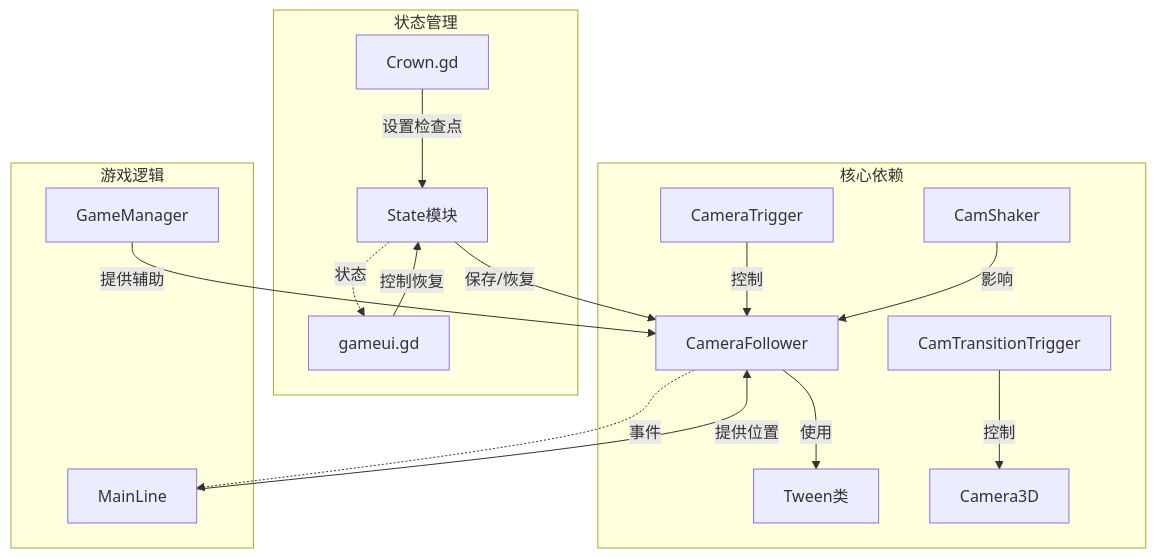
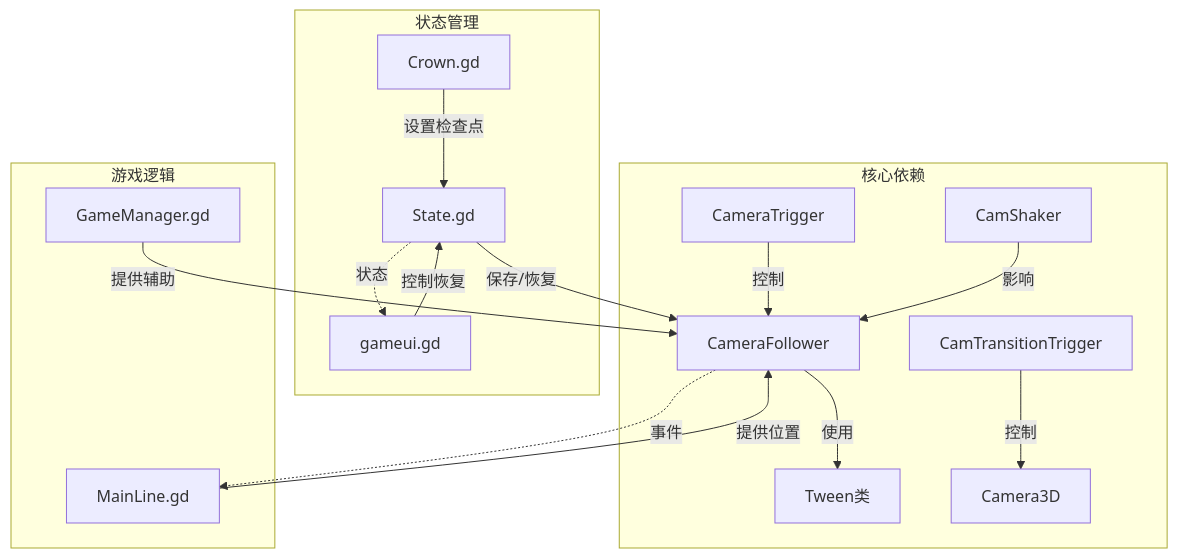
Before and after one commit to godotline/godot-line: diagram 11 of 12 in .qoder/repowiki/zh/content/API参考/相机系统API.md, drawn with Mermaid. The commit also changed other lines of this file and 7 other files, not shown here.

````diff
--- a/.qoder/repowiki/zh/content/API参考/相机系统API.md
+++ b/.qoder/repowiki/zh/content/API参考/相机系统API.md
@@ -482,20 +515,20 @@
 ```mermaid
 graph TB
 subgraph "核心依赖"
 CF[CameraFollower] --> |使用| Tween[Tween类]
 CT[CameraTrigger] --> |控制| CF
 CS[CamShaker] --> |影响| CF
 CTT[CamTransitionTrigger] --> |控制| Camera3D
 end
 subgraph "状态管理"
-ST[State模块] --> |保存/恢复| CF
+ST[State.gd] --> |保存/恢复| CF
 CG[Crown.gd] --> |设置检查点| ST
 UI[gameui.gd] --> |控制恢复| ST
 end
 subgraph "游戏逻辑"
-ML[MainLine] --> |提供位置| CF
-GM[GameManager] --> |提供辅助| CF
+ML[MainLine.gd] --> |提供位置| CF
+GM[GameManager.gd] --> |提供辅助| CF
 end
 CF -.->|事件| ML
 ST -.->|状态| UI
 ```
````
